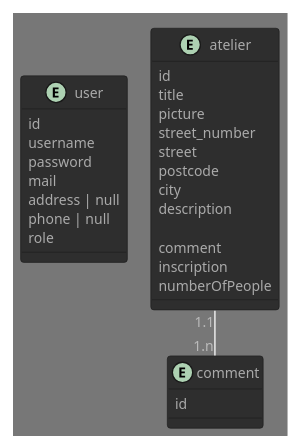
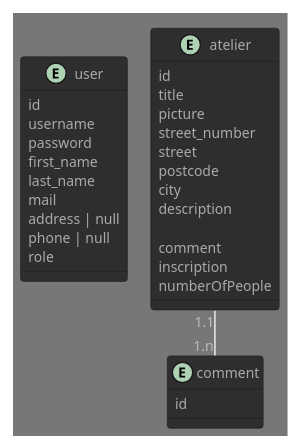
One commit to arnaudpilato/original_diy changed the diagram in database.puml. Above: the diagram before and after it, drawn with PlantUML. The commit also changed 4 other files, not shown here.

```diff
--- a/database.puml
+++ b/database.puml
@@ -1,36 +1,38 @@
 @startuml
 !pragma layout smetana
 !theme reddress-darkorange
 
 entity user {
     id
     username
     password
+    first_name
+    last_name
     mail
     address | null
     phone | null
     role
 }
 
 entity atelier {
     id
     title
     picture
     street_number
     street
     postcode
     city
     description
 
     comment
     inscription
     numberOfPeople
 }
 
 entity comment {
     id
 }
 
 atelier "1.1" -- "1.n" comment
 
 @enduml
```
